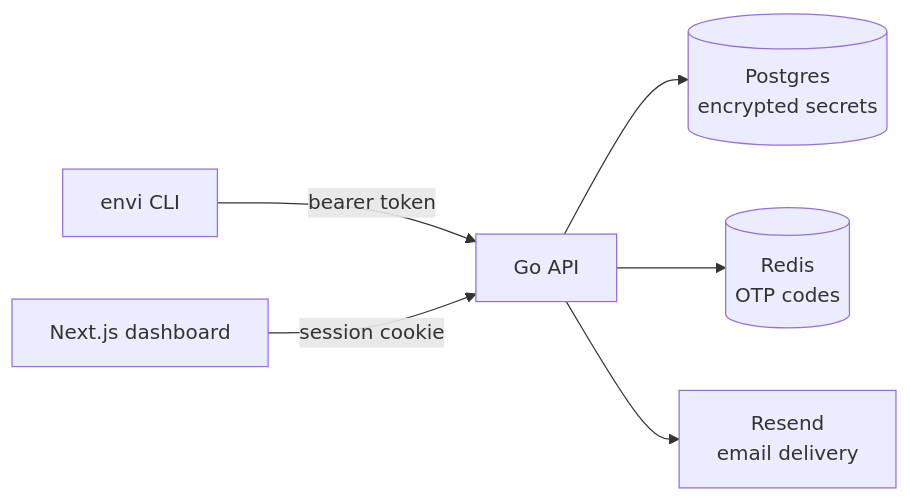
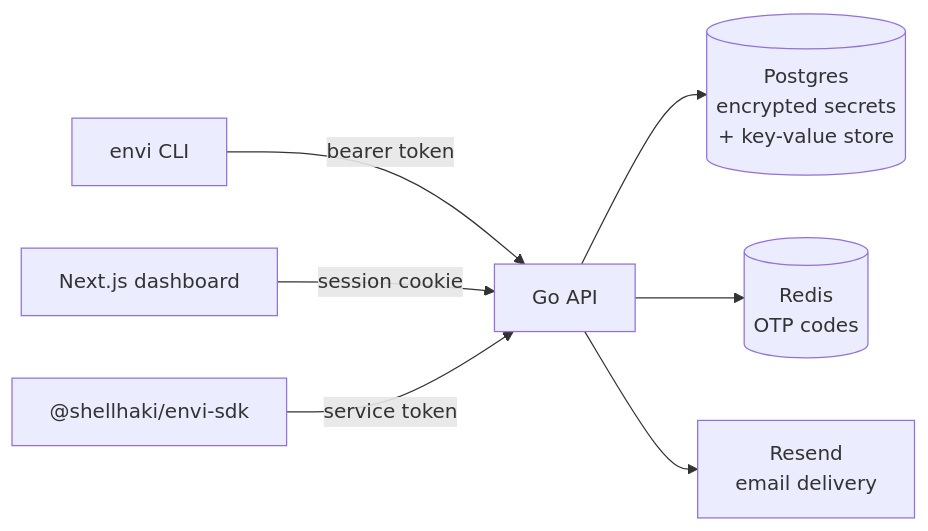
The diagram in README.md (shellhaki/envi), drawn with Mermaid before and after one commit. The commit also changed other lines of this file and 9 other files, not shown here.

````diff
--- a/README.md
+++ b/README.md
@@ -83,8 +84,9 @@
 ```mermaid
 flowchart LR
     CLI["envi CLI"] -->|bearer token| API["Go API"]
     Web["Next.js dashboard"] -->|session cookie| API
-    API --> PG[("Postgres\nencrypted secrets")]
+    SDK["@shellhaki/envi-sdk"] -->|service token| API
+    API --> PG[("Postgres\nencrypted secrets\n+ key-value store")]
     API --> Redis[("Redis\nOTP codes")]
     API --> Mail["Resend\nemail delivery"]
 ```
````
